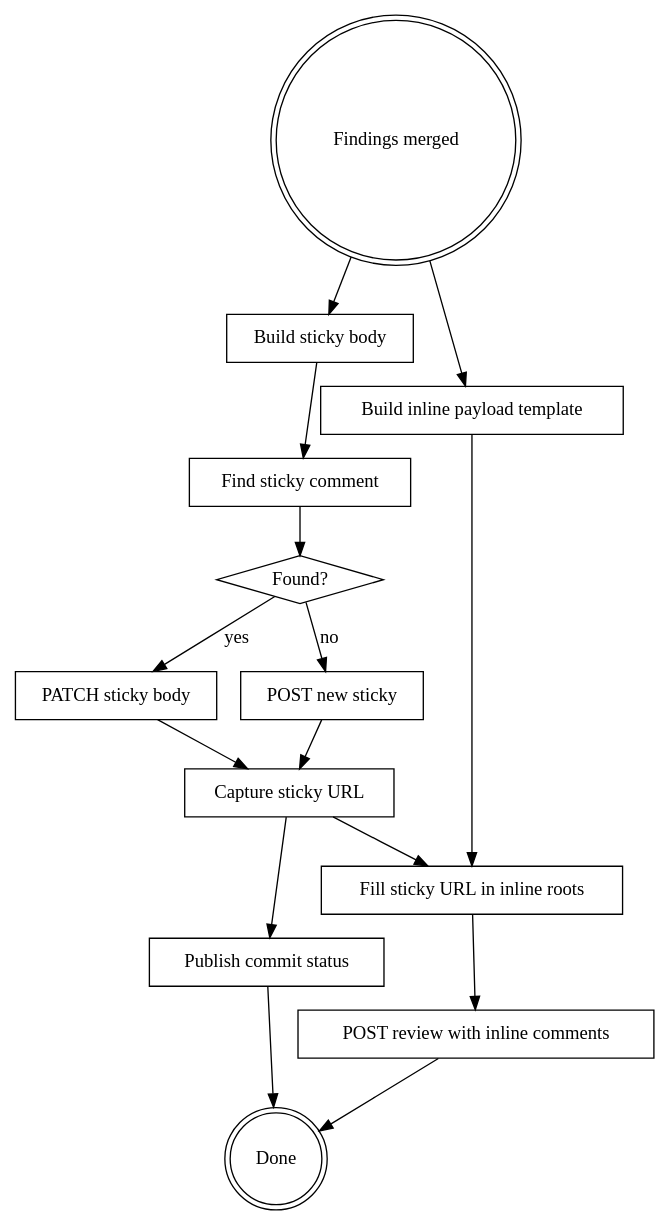
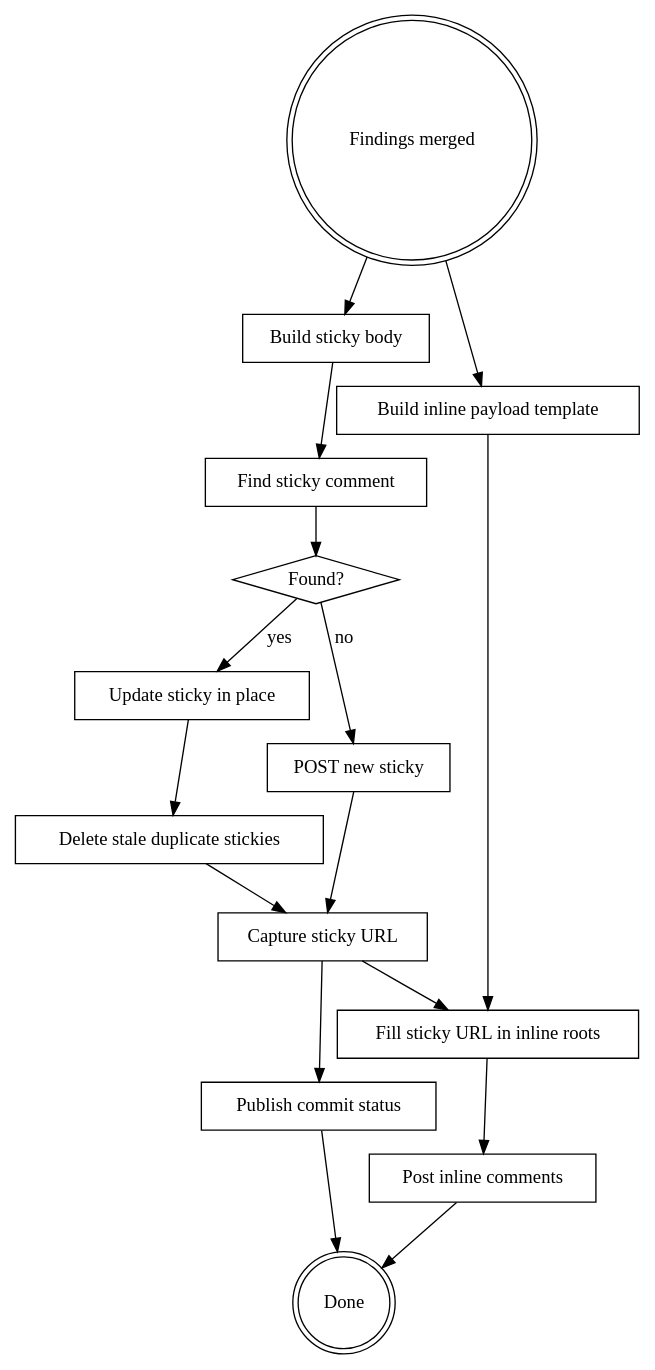
One commit to kirkchen/cadence changed the third of 3 diagrams in skills/pr-review/SKILL.md. Above: the diagram before and after it, drawn with Graphviz. The commit also changed other lines of this file, not shown here.

First line of the commit message:
feat(pr-review): add first-class GitLab support

````diff
--- a/skills/pr-review/SKILL.md
+++ b/skills/pr-review/SKILL.md
@@ -805,31 +848,33 @@
 ```dot
 digraph publish {
   "Findings merged" [shape=doublecircle];
   "Build sticky body" [shape=box];
   "Build inline payload template" [shape=box];
   "Find sticky comment" [shape=box];
   "Found?" [shape=diamond];
-  "PATCH sticky body" [shape=box];
+  "Update sticky in place" [shape=box];
+  "Delete stale duplicate stickies" [shape=box];
   "POST new sticky" [shape=box];
   "Capture sticky URL" [shape=box];
   "Publish commit status" [shape=box];
   "Fill sticky URL in inline roots" [shape=box];
-  "POST review with inline comments" [shape=box];
+  "Post inline comments" [shape=box];
   "Done" [shape=doublecircle];
 
   "Findings merged" -> "Build sticky body";
   "Findings merged" -> "Build inline payload template";
   "Build sticky body" -> "Find sticky comment";
   "Find sticky comment" -> "Found?";
-  "Found?" -> "PATCH sticky body" [label="yes"];
+  "Found?" -> "Update sticky in place" [label="yes"];
   "Found?" -> "POST new sticky" [label="no"];
-  "PATCH sticky body" -> "Capture sticky URL";
+  "Update sticky in place" -> "Delete stale duplicate stickies";
+  "Delete stale duplicate stickies" -> "Capture sticky URL";
   "POST new sticky" -> "Capture sticky URL";
   "Capture sticky URL" -> "Publish commit status";
   "Capture sticky URL" -> "Fill sticky URL in inline roots";
   "Build inline payload template" -> "Fill sticky URL in inline roots";
-  "Fill sticky URL in inline roots" -> "POST review with inline comments";
+  "Fill sticky URL in inline roots" -> "Post inline comments";
   "Publish commit status" -> "Done";
-  "POST review with inline comments" -> "Done";
+  "Post inline comments" -> "Done";
 }
 ```
````
